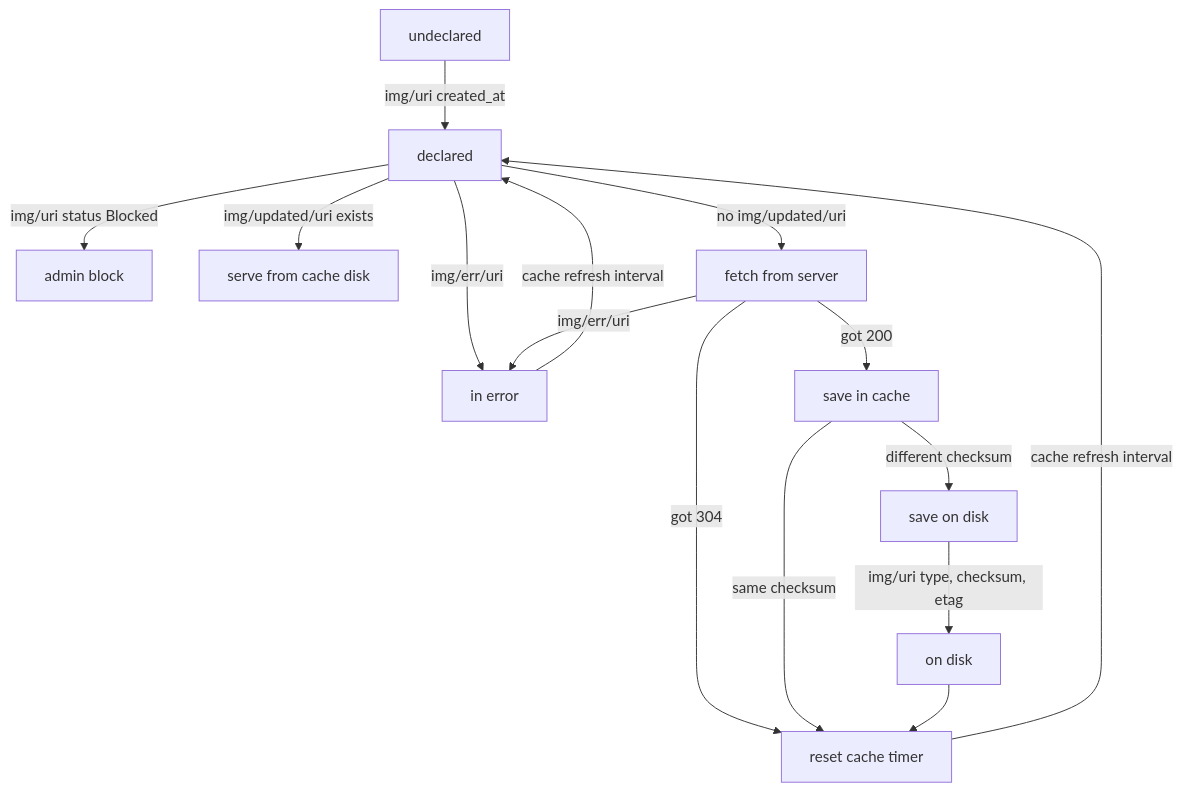
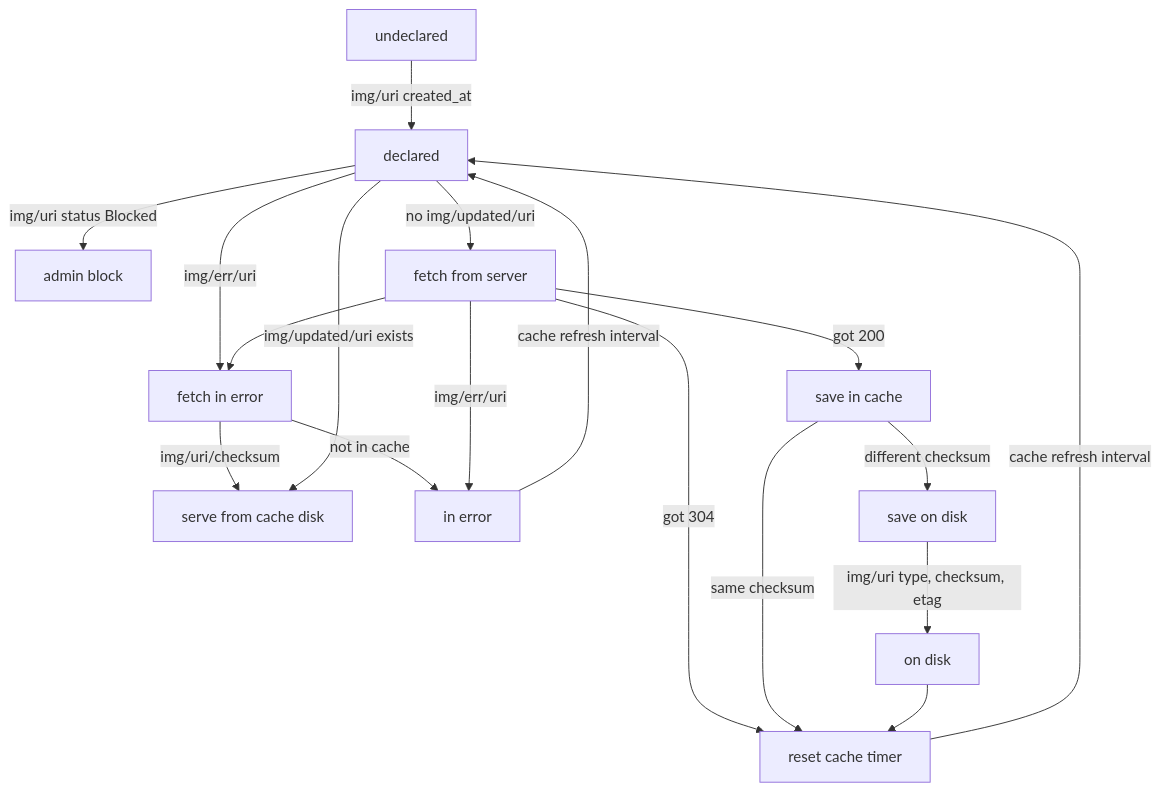
One commit to linuxfrorg/img-LinuxFr.org changed the second of 2 diagrams in README.md. Above: the diagram before and after it, drawn with Mermaid. The commit also changed other lines of this file and 2 other files, not shown here.

Commit message:
Fallback on disk cache if a next fetch fails

````diff
--- a/README.md
+++ b/README.md
@@ -91,17 +92,20 @@
 ```mermaid
 graph TD
   A[ undeclared ] -->|img/uri created_at| B[declared]
   B --> |img/uri status Blocked| C[ admin block]
-  B --> |img/err/uri| D[ in error ]
+  B --> |img/err/uri| K[ fetch in error]
+  K --> |img/uri/checksum| E[ serve from cache disk]
+  K --> |not in cache| D[ in error ]
   D --> |cache refresh interval| B
-  B --> |img/updated/uri exists| E[ serve from cache disk]
+  B --> |img/updated/uri exists| E
   B --> |no img/updated/uri| F[fetch from server]
   F --> |got 304| G[reset cache timer]
   F --> |got 200| H[save in cache]  
+  F --> K
   F --> |img/err/uri| D
   H --> |different checksum| I[save on disk]
   H --> |same checksum| G
   I --> |img/uri type, checksum, etag| J[on disk]
   J --> G
   G --> |cache refresh interval| B
 ```
````
